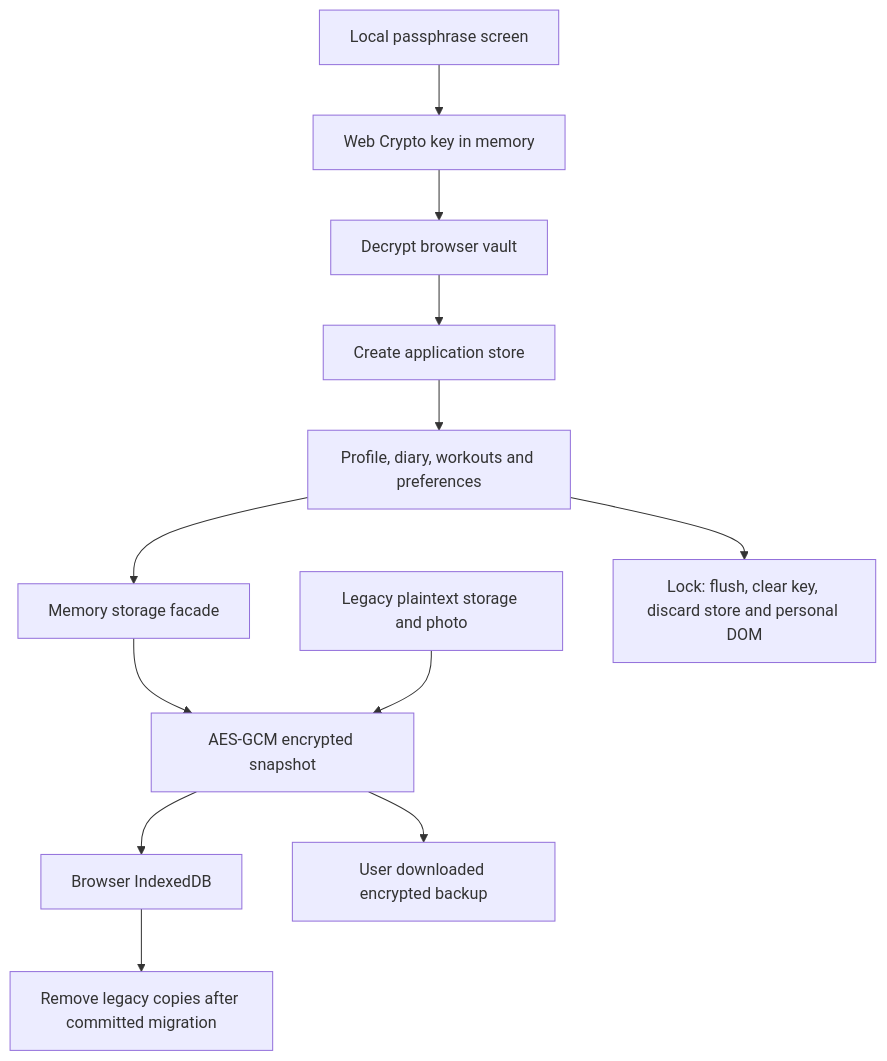
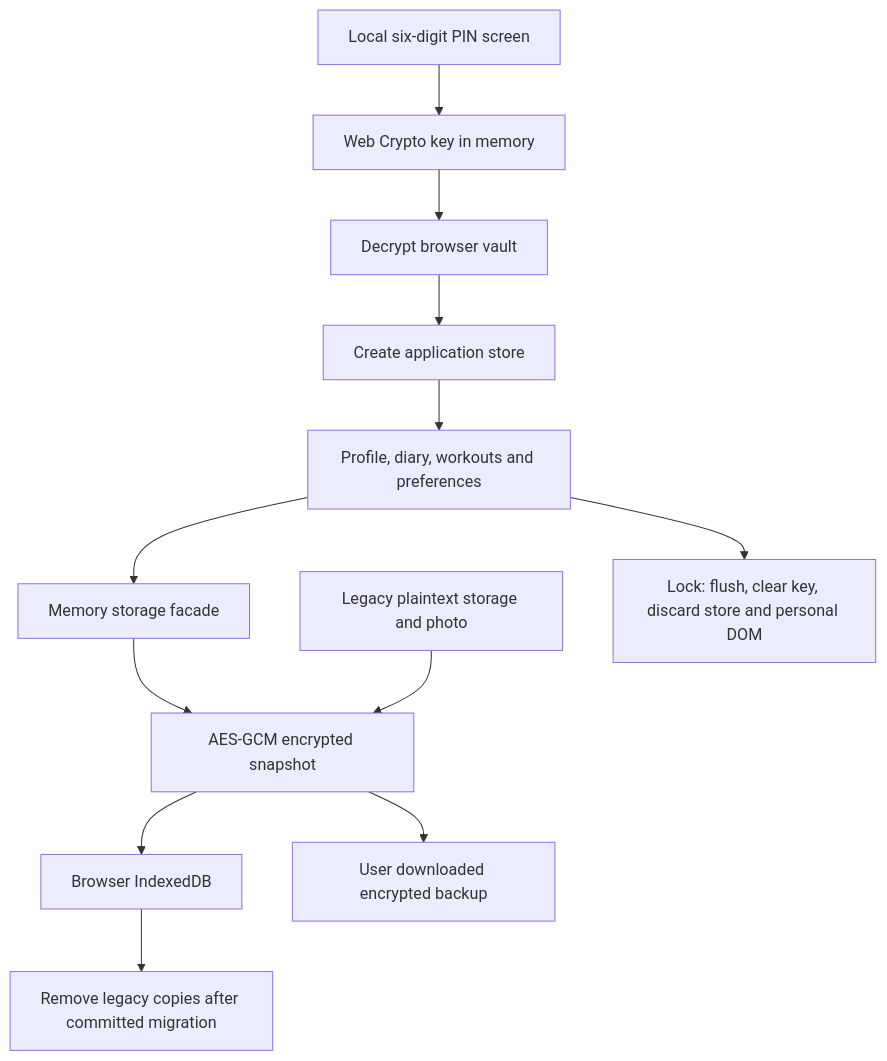
One commit to 66050275-pun/fitness-app changed the diagram in docs/PRIVACY_AUDIT.md. Above: the diagram before and after it, drawn with Mermaid. The commit also changed other lines of this file and 5 other files, not shown here.

Commit message:
Refactor encrypted vault to six-digit PIN and mobile keypad

````diff
--- a/docs/PRIVACY_AUDIT.md
+++ b/docs/PRIVACY_AUDIT.md
@@ -9,14 +9,14 @@
 ```mermaid
 flowchart TD
-  A[Local passphrase screen] --> B[Web Crypto key in memory]
+  A[Local six-digit PIN screen] --> B[Web Crypto key in memory]
   B --> C[Decrypt browser vault]
   C --> D[Create application store]
   D --> E[Profile, diary, workouts and preferences]
   E --> F[Memory storage facade]
   F --> G[AES-GCM encrypted snapshot]
   G --> H[Browser IndexedDB]
   G --> I[User downloaded encrypted backup]
   J[Legacy plaintext storage and photo] --> G
   H --> K[Remove legacy copies after committed migration]
   E --> L[Lock: flush, clear key, discard store and personal DOM]
 ```
````
